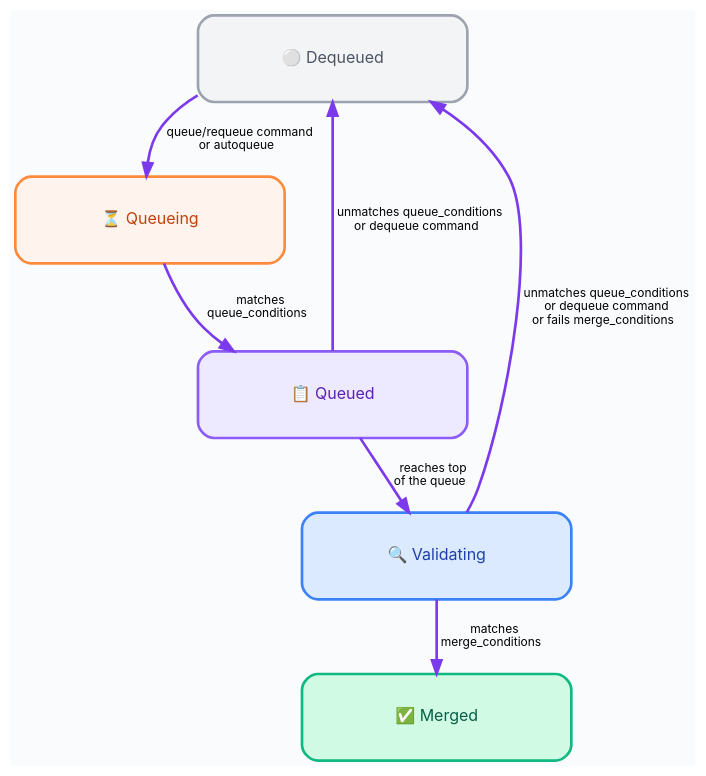
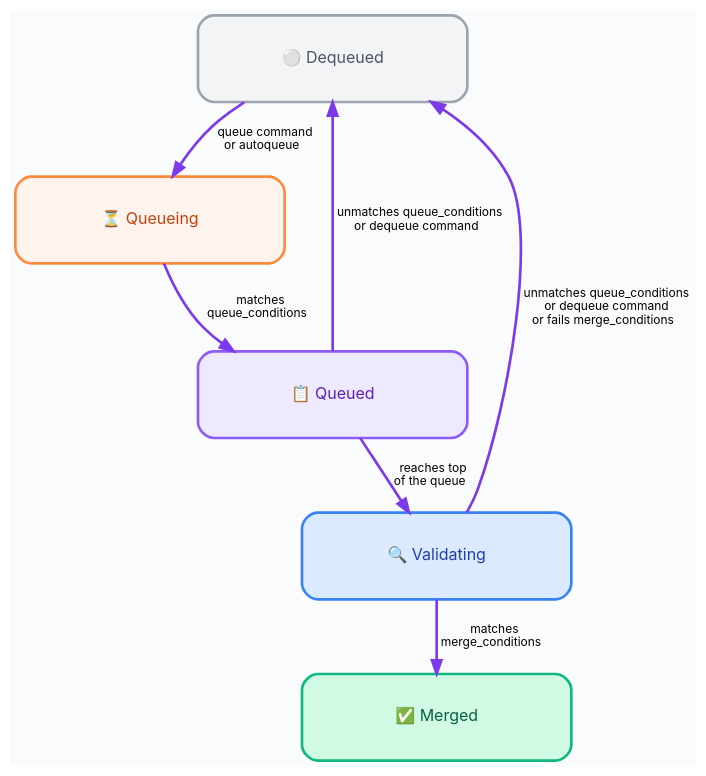
Before and after one commit to Mergifyio/docs: the diagram in src/content/docs/merge-queue/lifecycle.mdx, drawn with Graphviz. The commit also changed other lines of this file and 4 other files, not shown here.

First line of the commit message:
docs: deprecate requeue command (#10218)

````diff
--- a/src/content/docs/merge-queue/lifecycle.mdx
+++ b/src/content/docs/merge-queue/lifecycle.mdx
@@ -44,71 +44,71 @@
 ```dot class="graph"
 strict digraph {
     fontname="Inter, system-ui, sans-serif";
     rankdir="TB";
     bgcolor="#FAFBFC";
 
     // Global node and edge styling
     node [
         style="filled,rounded",
         shape=rect,
         fontcolor="black",
         fontname="Inter, system-ui, sans-serif",
         fontsize=12,
         margin=0.25,
         penwidth=2,
         width=2.8,
         height=0.9
     ];
 
     edge [
         color="#7C3AED",
         arrowhead=normal,
         fontname="Inter, system-ui, sans-serif",
         fontsize=9,
         penwidth=2
     ];
 
     Dequeued [
         label="⚪ Dequeued",
         fillcolor="#F3F4F6",
         color="#9CA3AF",
         fontcolor="#4B5563"
     ];
 
     Queueing [
         label="⏳ Queueing",
         fillcolor="#FFF4ED",
         color="#FF8A3D",
         fontcolor="#C2410C"
     ];
 
     Queued [
         label="📋 Queued",
         fillcolor="#EDE9FE",
         color="#8B5CF6",
         fontcolor="#5B21B6"
     ];
 
     Validating [
         label="🔍 Validating",
         fillcolor="#DBEAFE",
         color="#3B82F6",
         fontcolor="#1E40AF"
     ];
 
     Merged [
         label="✅ Merged",
         fillcolor="#D1FAE5",
         color="#10B981",
         fontcolor="#065F46"
     ];
 
     // Transitions with detailed labels
-    Dequeued -> Queueing [label="  queue/requeue command\n  or autoqueue  "];
+    Dequeued -> Queueing [label="  queue command\n  or autoqueue  "];
     Queueing -> Queued [label="  matches\n  queue_conditions  "];
     Queued -> Dequeued [label="  unmatches queue_conditions\n  or dequeue command  "];
     Queued -> Validating [label="  reaches top\n  of the queue  "];
     Validating -> Merged [label="  matches\n  merge_conditions  "];
     Validating -> Dequeued [label="  unmatches queue_conditions\n  or dequeue command\n  or fails merge_conditions  "];
 }
 ```
````
